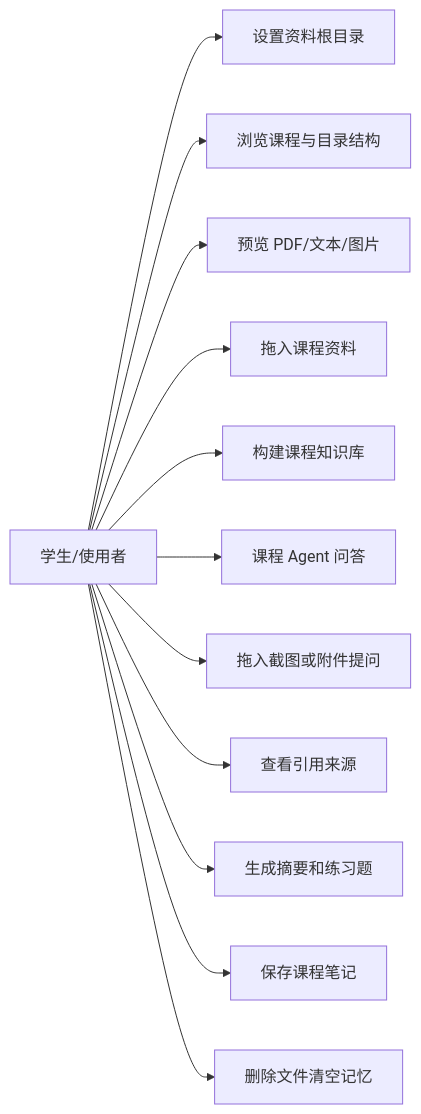
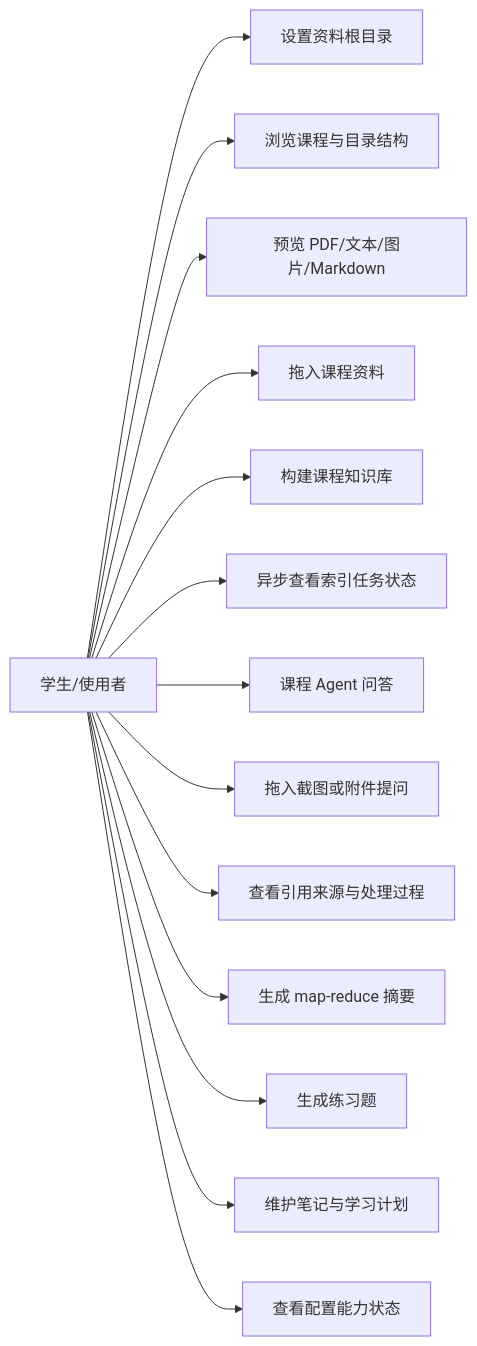
Before and after one commit to LuMH1027/ai-learn-assistant: the third of 9 diagrams in docs/系统设计.md, drawn with Mermaid. The commit also changed other lines of this file and 26 other files, not shown here.

````diff
--- a/docs/系统设计.md
+++ b/docs/系统设计.md
@@ -60,27 +71,31 @@
 ```mermaid
 flowchart LR
     User["学生/使用者"]
     UC1["设置资料根目录"]
     UC2["浏览课程与目录结构"]
-    UC3["预览 PDF/文本/图片"]
+    UC3["预览 PDF/文本/图片/Markdown"]
     UC4["拖入课程资料"]
     UC5["构建课程知识库"]
-    UC6["课程 Agent 问答"]
-    UC7["拖入截图或附件提问"]
-    UC8["查看引用来源"]
-    UC9["生成摘要和练习题"]
-    UC10["保存课程笔记"]
-    UC11["删除文件清空记忆"]
+    UC6["异步查看索引任务状态"]
+    UC7["课程 Agent 问答"]
+    UC8["拖入截图或附件提问"]
+    UC9["查看引用来源与处理过程"]
+    UC10["生成 map-reduce 摘要"]
+    UC11["生成练习题"]
+    UC12["维护笔记与学习计划"]
+    UC13["查看配置能力状态"]
 
     User --> UC1
     User --> UC2
     User --> UC3
     User --> UC4
     User --> UC5
     User --> UC6
     User --> UC7
     User --> UC8
     User --> UC9
     User --> UC10
     User --> UC11
+    User --> UC12
+    User --> UC13
 ```
````
